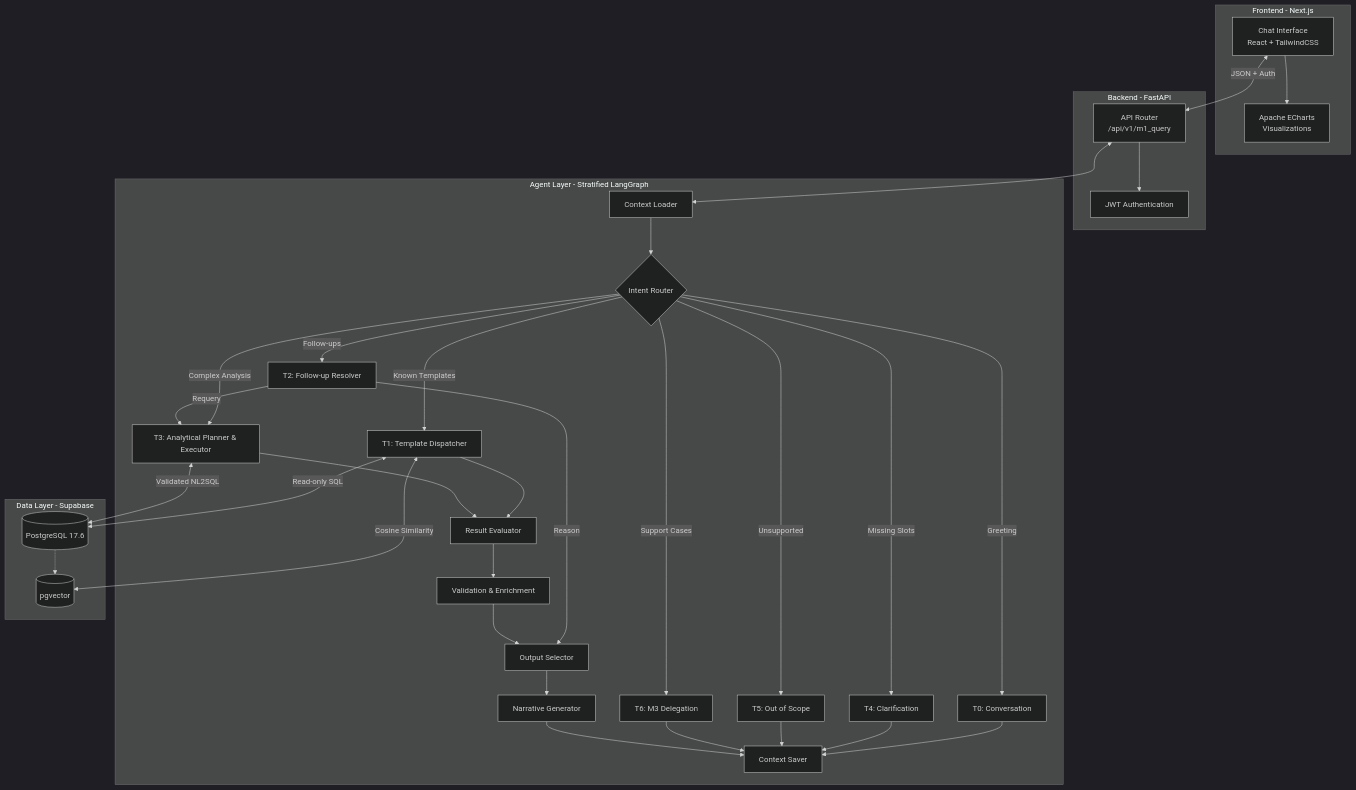
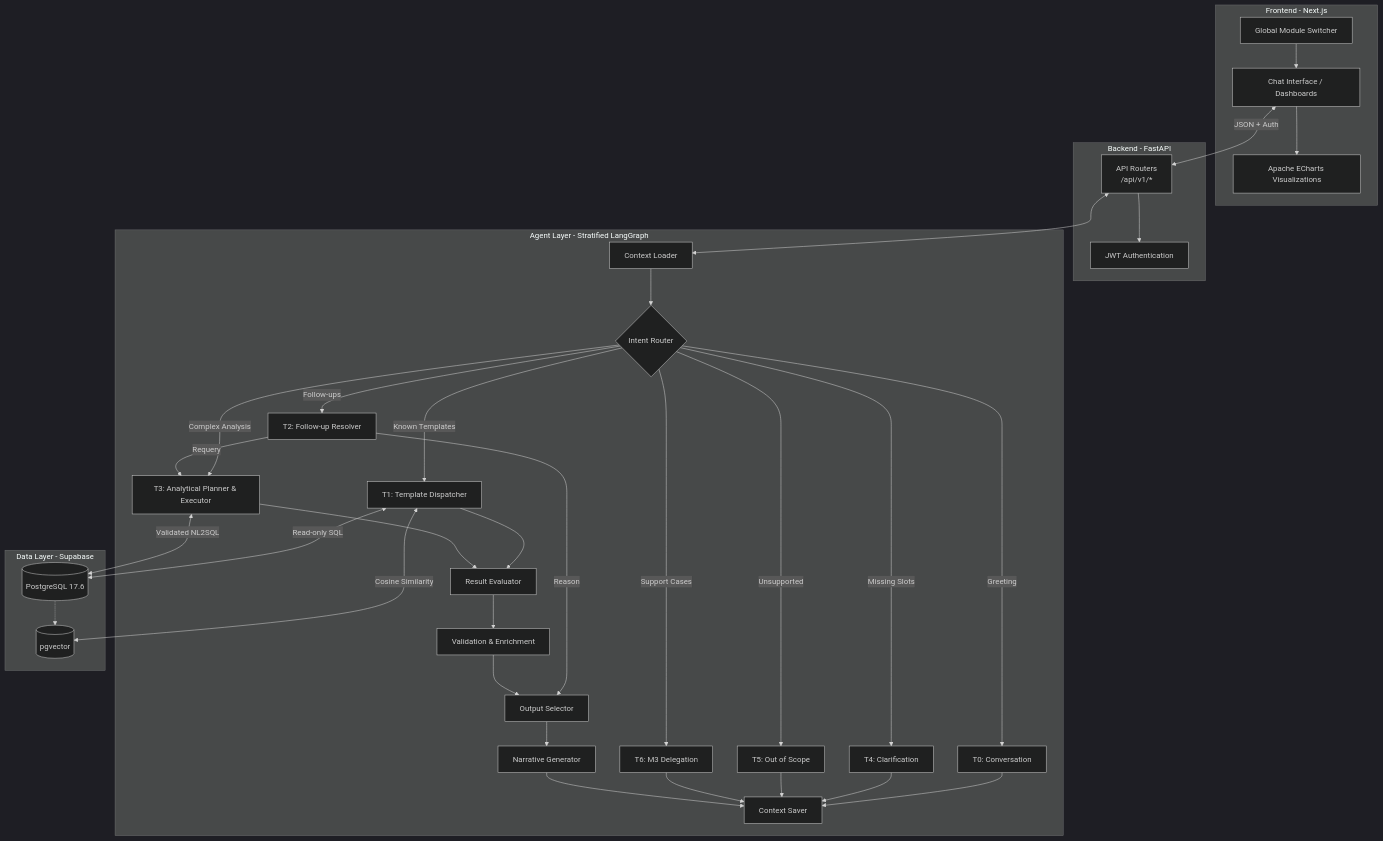
The diagram in README.md (MostafaAyman3/Wakeel), drawn with Mermaid (dark theme) before and after one commit. The commit also changed other lines of this file, not shown here.

````diff
--- a/README.md
+++ b/README.md
@@ -15,74 +61,76 @@
 ```mermaid
 graph TD
     %% Frontend Layer
     subgraph Frontend [Frontend - Next.js]
-        UI[Chat Interface<br>React + TailwindCSS]
-        Charts[Apache ECharts<br>Visualizations]
+        GlobalNav[Global Module Switcher]
+        UI[Chat Interface / Dashboards]
+        Charts[Apache ECharts Visualizations]
+        GlobalNav --> UI
         UI --> Charts
     end
 
     %% Backend Layer
     subgraph Backend [Backend - FastAPI]
-        API[API Router<br>/api/v1/m1_query]
+        API[API Routers<br>/api/v1/*]
         Auth[JWT Authentication]
         API --> Auth
     end
 
     %% Agent Layer (LangGraph v2.0)
     subgraph Agents [Agent Layer - Stratified LangGraph]
         ContextLoad[Context Loader]
         Router{Intent Router}
         
         T0[T0: Conversation]
         T1[T1: Template Dispatcher]
         T2[T2: Follow-up Resolver]
         T3[T3: Analytical Planner & Executor]
         T4[T4: Clarification]
         T5[T5: Out of Scope]
         T6[T6: M3 Delegation]
         
         Eval[Result Evaluator]
         Validate[Validation & Enrichment]
         OutSelect[Output Selector]
         Narrative[Narrative Generator]
         ContextSave[Context Saver]
 
         ContextLoad --> Router
         Router -->|Greeting| T0
         Router -->|Known Templates| T1
         Router -->|Follow-ups| T2
         Router -->|Complex Analysis| T3
         Router -->|Missing Slots| T4
         Router -->|Unsupported| T5
         Router -->|Support Cases| T6
 
         T1 --> Eval
         T2 -->|Requery| T3
         T2 -->|Reason| OutSelect
         T3 --> Eval
         
         Eval --> Validate
         Validate --> OutSelect
         OutSelect --> Narrative
         
         T0 --> ContextSave
         T4 --> ContextSave
         T5 --> ContextSave
         T6 --> ContextSave
         Narrative --> ContextSave
     end
 
     %% Database Layer
     subgraph Data [Data Layer - Supabase]
         DB[(PostgreSQL 17.6)]
         VectorDB[(pgvector)]
         DB -.-> VectorDB
     end
 
     %% Connections
     UI <-->|JSON + Auth| API
     API <--> ContextLoad
     T1 <-->|Read-only SQL| DB
     T3 <-->|Validated NL2SQL| DB
     T1 <-->|Cosine Similarity| VectorDB
 ```
````
